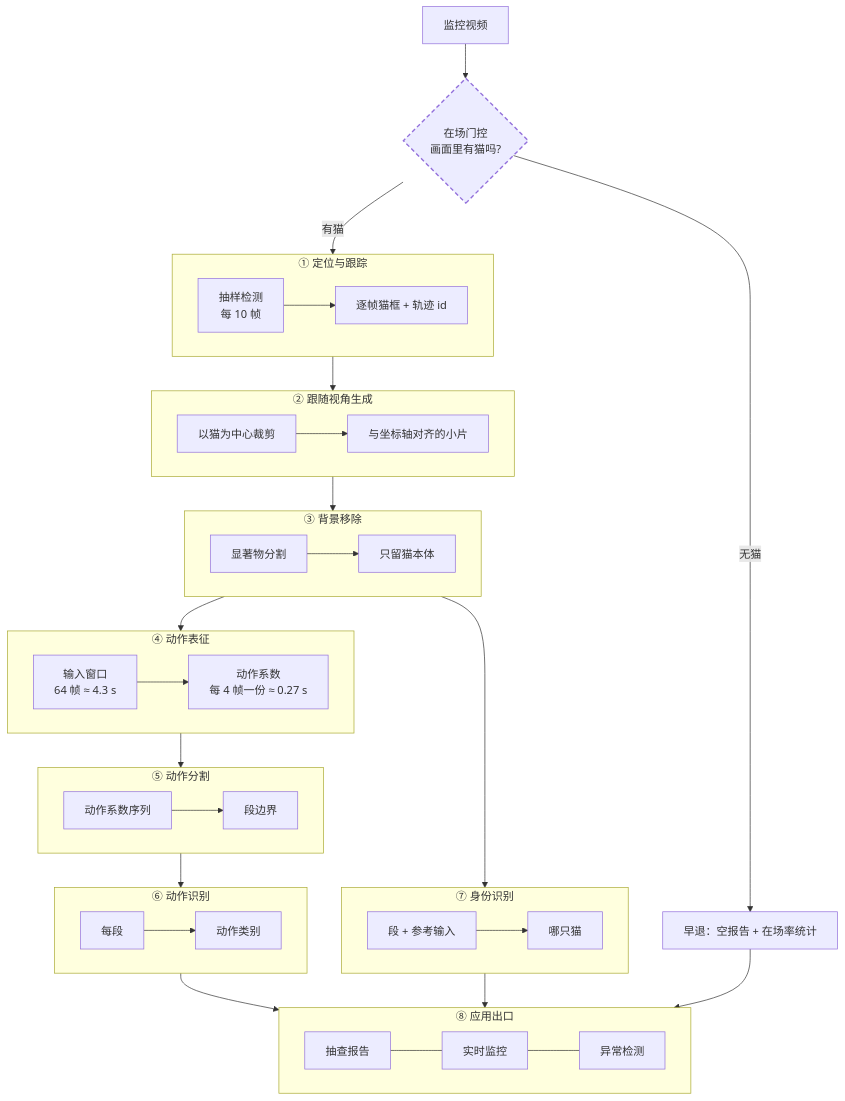
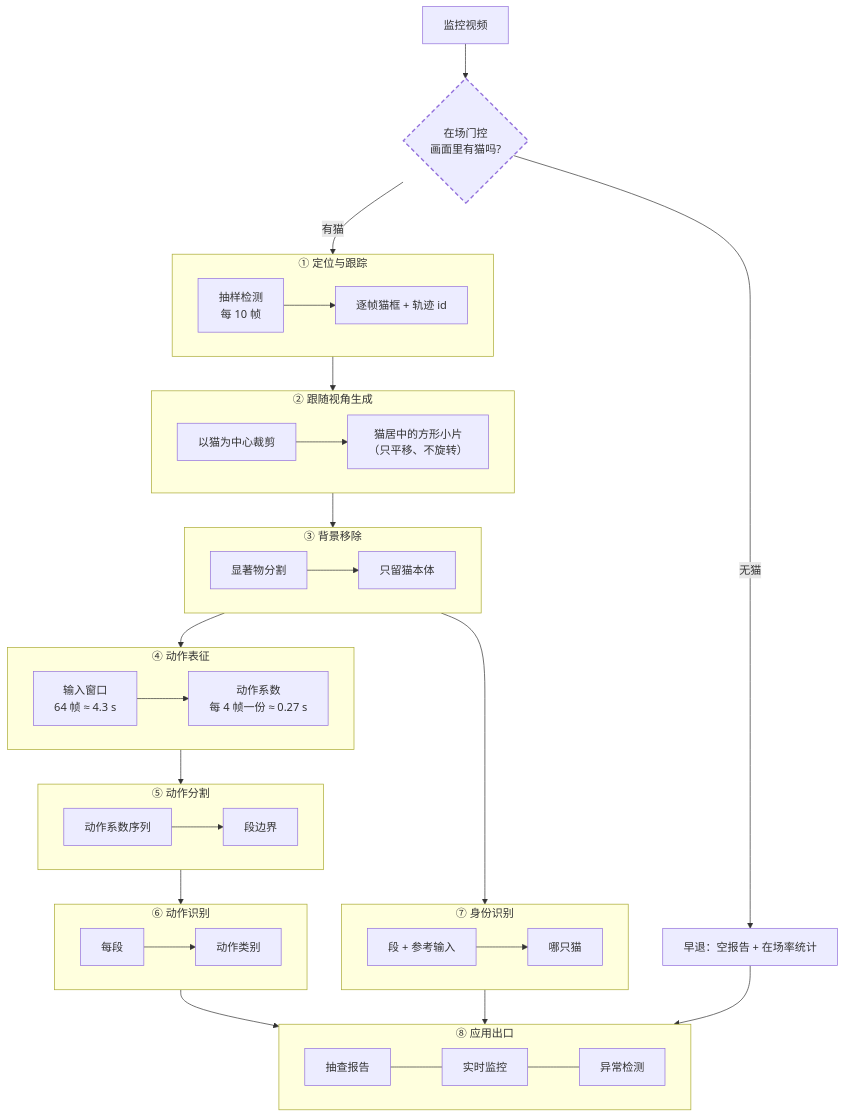
One commit to gongshangzheng/pet-action-recognition changed the first of 4 diagrams in management/docs/architecture.md. Above: the diagram before and after it, drawn with Mermaid. The commit also changed other lines of this file and 3 other files, not shown here.

Commit message:
fix(web+docs): 链接接管修复落地（相对 .md 跳转/锚点/h4 锚点/外链防白屏）+ 总图「坐标轴对齐」改白话 + papers 链接转纯文本

````diff
--- a/management/docs/architecture.md
+++ b/management/docs/architecture.md
@@ -26,58 +26,58 @@
 ```mermaid
 flowchart TD
     V[监控视频] --> GATE{"在场门控<br/>画面里有猫吗?"}
     GATE -->|"无猫"| EMPTY["早退：空报告 + 在场率统计"]
     GATE -->|"有猫"| S1
 
     subgraph S1["① 定位与跟踪"]
         direction LR
         A1["抽样检测<br/>每 10 帧"] --> A2["逐帧猫框 + 轨迹 id"]
     end
 
     subgraph S2["② 跟随视角生成"]
         direction LR
-        B1["以猫为中心裁剪"] --> B2["与坐标轴对齐的小片"]
+        B1["以猫为中心裁剪"] --> B2["猫居中的方形小片<br/>（只平移、不旋转）"]
     end
 
     subgraph S3["③ 背景移除"]
         direction LR
         C1["显著物分割"] --> C2["只留猫本体"]
     end
 
     subgraph S4["④ 动作表征"]
         direction LR
         D1["输入窗口<br/>64 帧 ≈ 4.3 s"] --> D2["动作系数<br/>每 4 帧一份 ≈ 0.27 s"]
     end
 
     subgraph S5["⑤ 动作分割"]
         direction LR
         G1["动作系数序列"] --> G2["段边界"]
     end
 
     subgraph S6["⑥ 动作识别"]
         direction LR
         H1["每段"] --> H2["动作类别"]
     end
 
     subgraph S7["⑦ 身份识别"]
         direction LR
         E1["段 + 参考输入"] --> E2["哪只猫"]
     end
 
     subgraph S8["⑧ 应用出口"]
         direction LR
         F1["抽查报告"] --- F2["实时监控"] --- F3["异常检测"]
     end
 
     S1 --> S2
     S2 --> S3
     S3 --> S4
     S4 --> S5
     S5 --> S6
     S6 --> S8
     S3 --> S7
     S7 --> S8
     EMPTY --> S8
 
     style GATE stroke-dasharray: 6 4,stroke-width:2px
 ```
````
